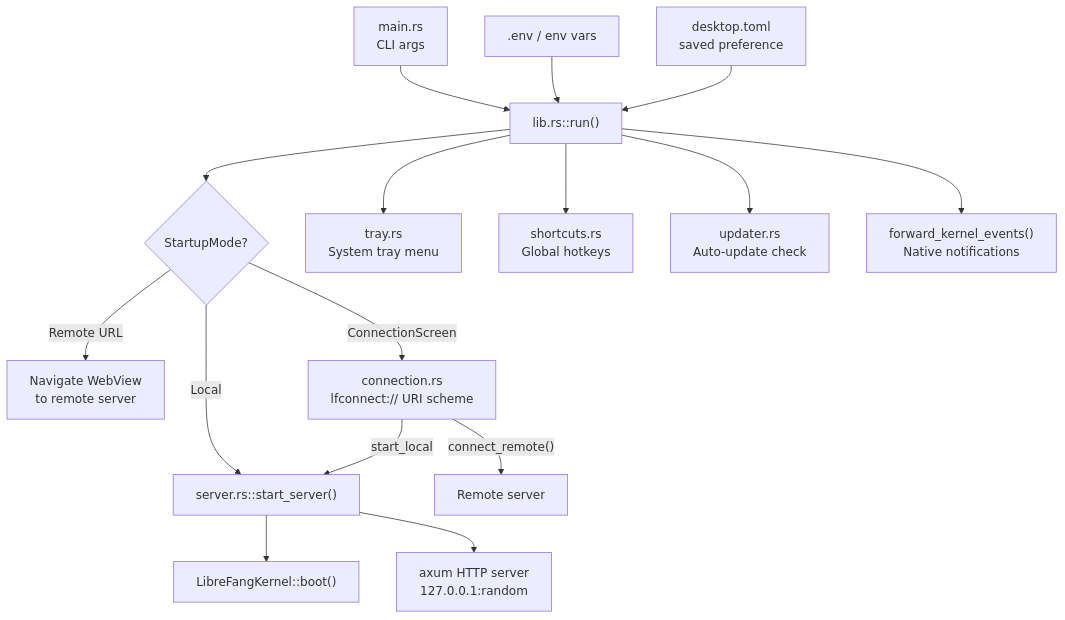
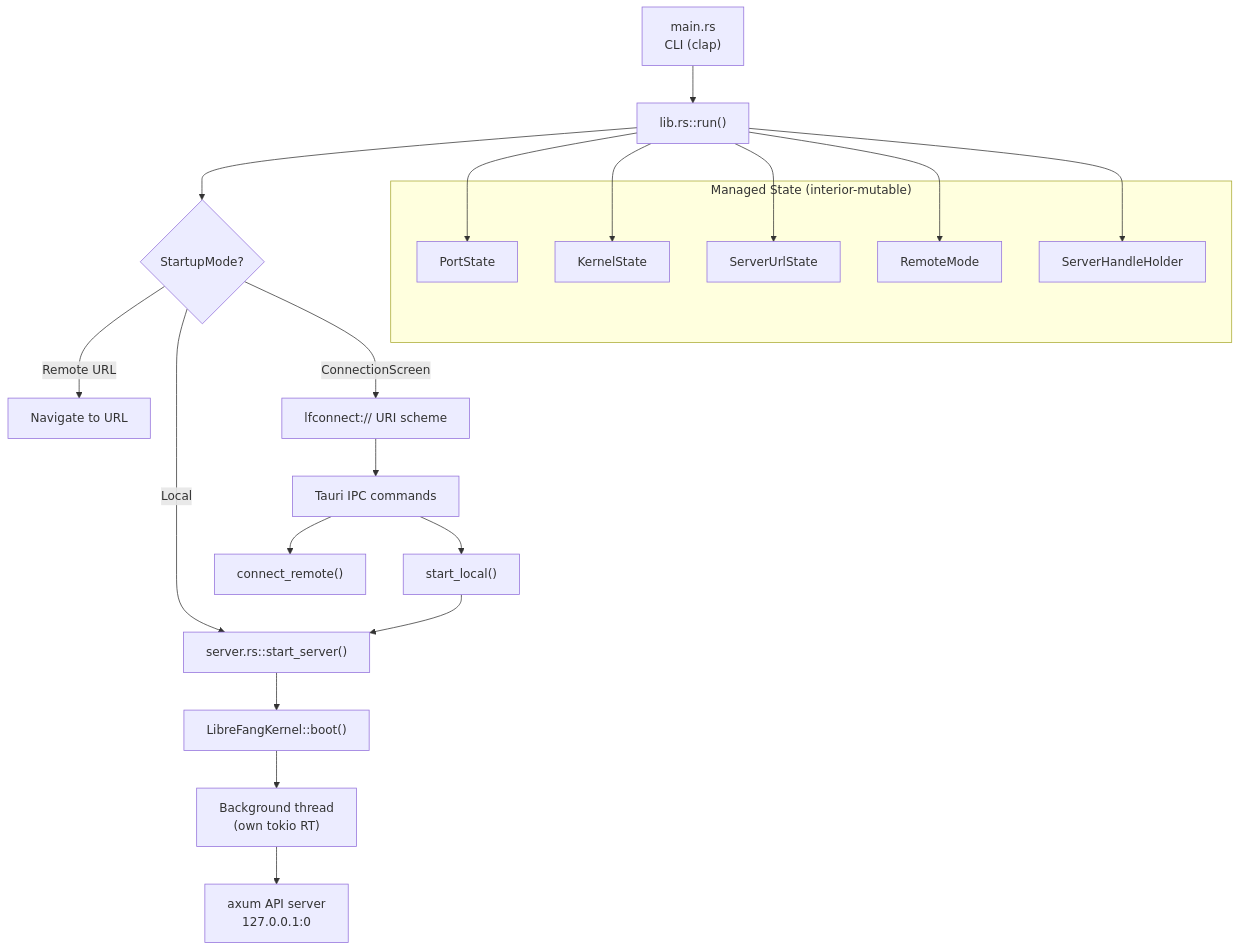
Before and after one commit to leszek3737/librefang-WIki: the diagram in desktop-application.md, drawn with Mermaid. The commit also changed other lines of this file and 110 other files, not shown here.

````diff
--- a/desktop-application.md
+++ b/desktop-application.md
@@ -9,22 +9,31 @@
 ```mermaid
 graph TD
-    CLI["main.rs<br/>CLI args"] --> RUN["lib.rs::run()"]
-    ENV[".env / env vars"] --> RUN
-    PREF["desktop.toml<br/>saved preference"] --> RUN
+    CLI["main.rs<br/>CLI (clap)"] --> RUN["lib.rs::run()"]
+    RUN --> MODE{StartupMode?}
+    MODE -->|Remote URL| NAV_DIRECT["Navigate to URL"]
+    MODE -->|Local| BOOT["server.rs::start_server()"]
+    MODE -->|ConnectionScreen| CONN_SCREEN["lfconnect:// URI scheme"]
 
-    RUN --> MODE{StartupMode?}
-    MODE -->|Remote URL| NAV["Navigate WebView<br/>to remote server"]
-    MODE -->|Local| SRV["server.rs::start_server()"]
-    MODE -->|ConnectionScreen| CS["connection.rs<br/>lfconnect:// URI scheme"]
+    BOOT --> KERNEL["LibreFangKernel::boot()"]
+    KERNEL --> BG_THREAD["Background thread<br/>(own tokio RT)"]
+    BG_THREAD --> AXUM["axum API server<br/>127.0.0.1:0"]
 
-    SRV --> KERNEL["LibreFangKernel::boot()"]
-    SRV --> AXUM["axum HTTP server<br/>127.0.0.1:random"]
+    CONN_SCREEN --> IPC["Tauri IPC commands"]
+    IPC --> CONNECT_REMOTE["connect_remote()"]
+    IPC --> START_LOCAL["start_local()"]
+    START_LOCAL --> BOOT
 
-    RUN --> TRAY["tray.rs<br/>System tray menu"]
-    RUN --> SHORT["shortcuts.rs<br/>Global hotkeys"]
-    RUN --> UPDATER["updater.rs<br/>Auto-update check"]
-    RUN --> EVENTS["forward_kernel_events()<br/>Native notifications"]
+    subgraph "Managed State (interior-mutable)"
+        PORT["PortState"]
+        KSTATE["KernelState"]
+        URL["ServerUrlState"]
+        REMOTE["RemoteMode"]
+        HOLDER["ServerHandleHolder"]
+    end
 
-    CS -->|"connect_remote()"| REMOTE["Remote server"]
-    CS -->|start_local| SRV
+    RUN --> PORT
+    RUN --> KSTATE
+    RUN --> URL
+    RUN --> REMOTE
+    RUN --> HOLDER
 ```
````
